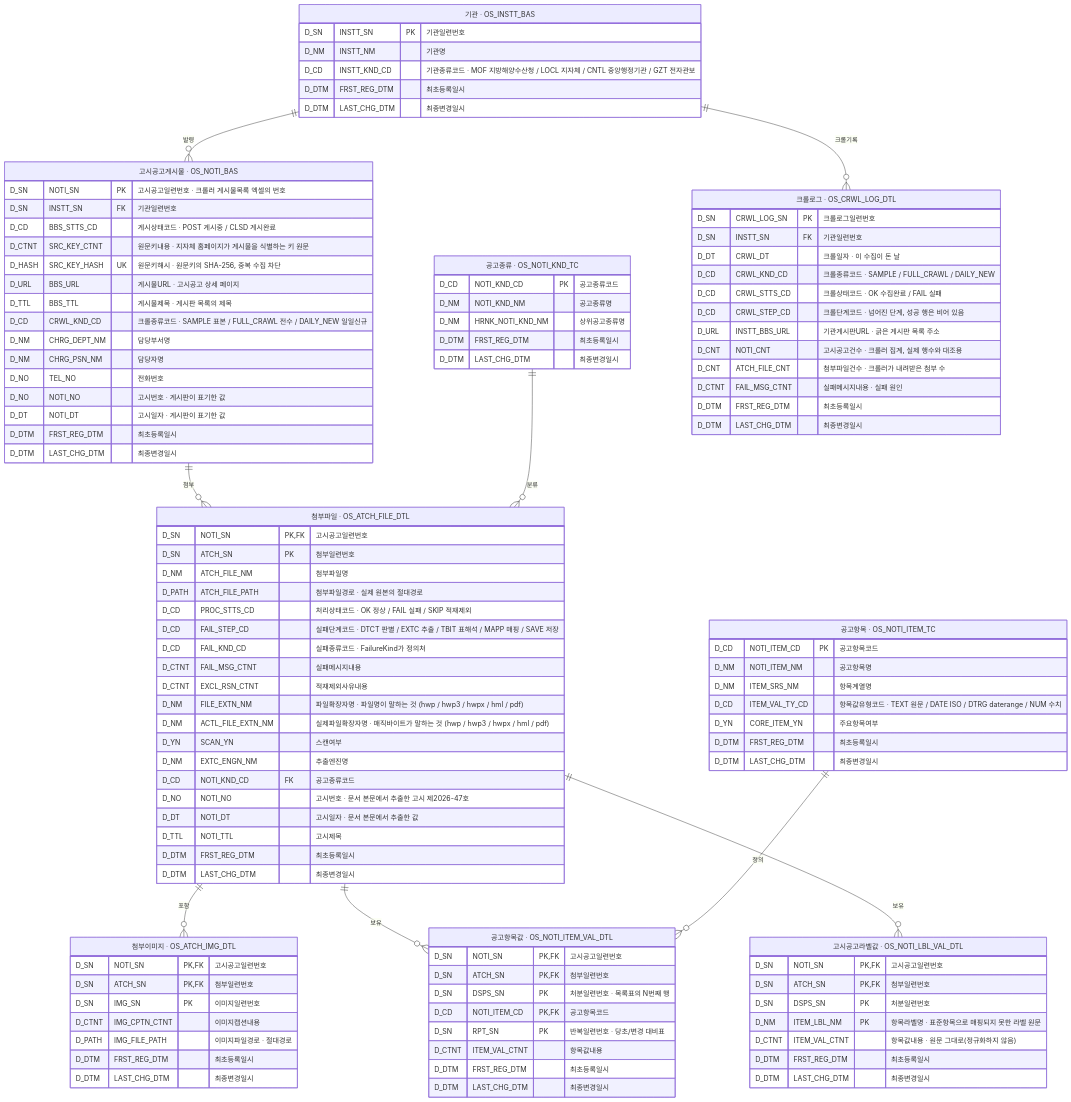
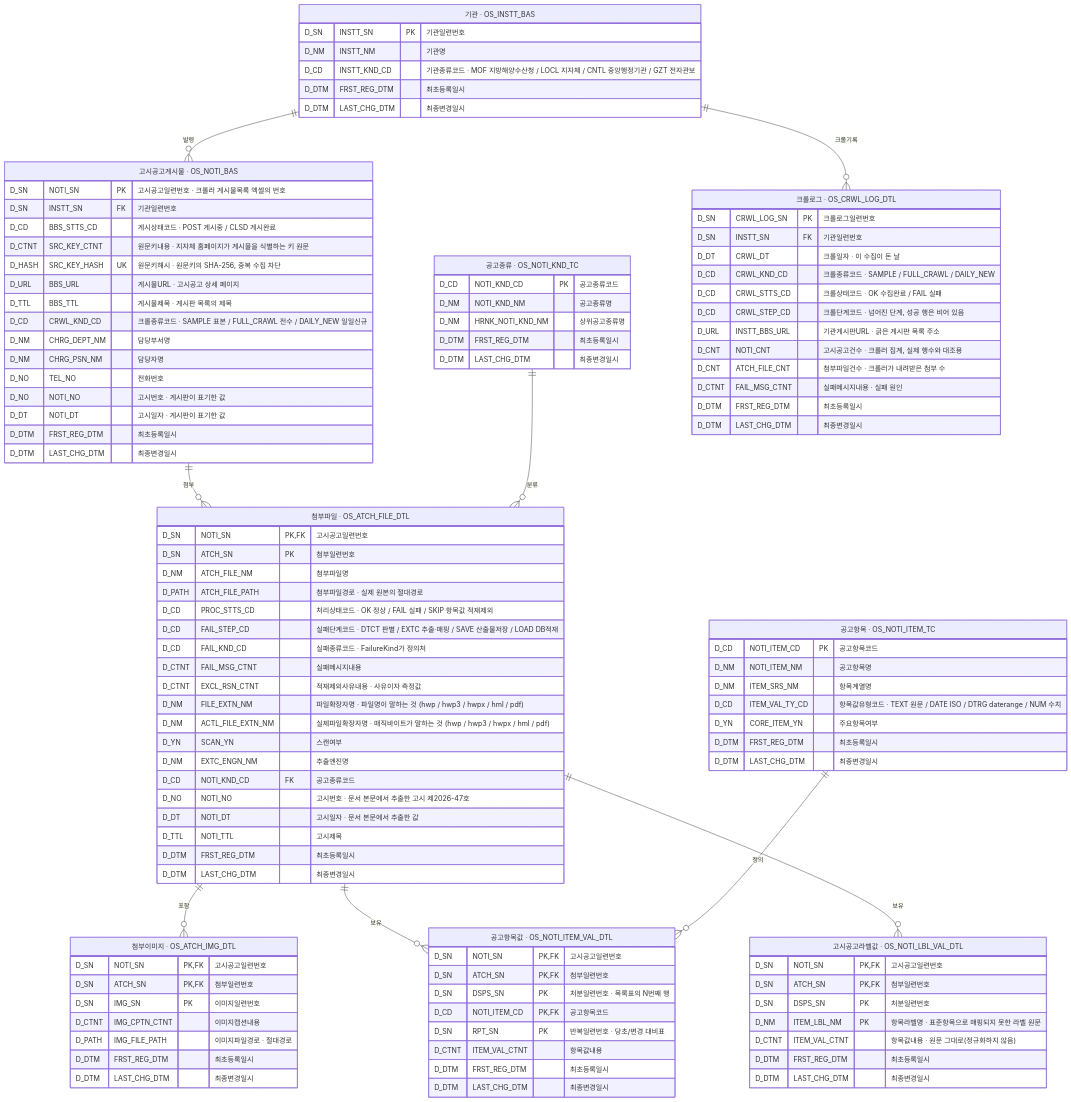
The diagram in README.md (Team-All4Land/All4Land_java-pipeline), drawn with Mermaid before and after one commit. The commit also changed other lines of this file and 19 other files, not shown here.

```diff
--- a/README.md
+++ b/README.md
@@ -193,11 +193,11 @@
         D_SN   ATCH_SN            PK    "첨부일련번호"
         D_NM   ATCH_FILE_NM             "첨부파일명"
         D_PATH ATCH_FILE_PATH           "첨부파일경로 · 실제 원본의 절대경로"
-        D_CD   PROC_STTS_CD             "처리상태코드 · OK 정상 / FAIL 실패 / SKIP 적재제외"
-        D_CD   FAIL_STEP_CD             "실패단계코드 · DTCT 판별 / EXTC 추출 / TBIT 표해석 / MAPP 매핑 / SAVE 저장"
+        D_CD   PROC_STTS_CD             "처리상태코드 · OK 정상 / FAIL 실패 / SKIP 항목값 적재제외"
+        D_CD   FAIL_STEP_CD             "실패단계코드 · DTCT 판별 / EXTC 추출·매핑 / SAVE 산출물저장 / LOAD DB적재"
         D_CD   FAIL_KND_CD              "실패종류코드 · FailureKind가 정의처"
         D_CTNT FAIL_MSG_CTNT            "실패메시지내용"
-        D_CTNT EXCL_RSN_CTNT            "적재제외사유내용"
+        D_CTNT EXCL_RSN_CTNT            "적재제외사유내용 · 사유이자 측정값"
         D_NM   FILE_EXTN_NM             "파일확장자명 · 파일명이 말하는 것 (hwp / hwp3 / hwpx / hml / pdf)"
         D_NM   ACTL_FILE_EXTN_NM        "실제파일확장자명 · 매직바이트가 말하는 것 (hwp / hwp3 / hwpx / hml / pdf)"
         D_YN   SCAN_YN                  "스캔여부"
```
